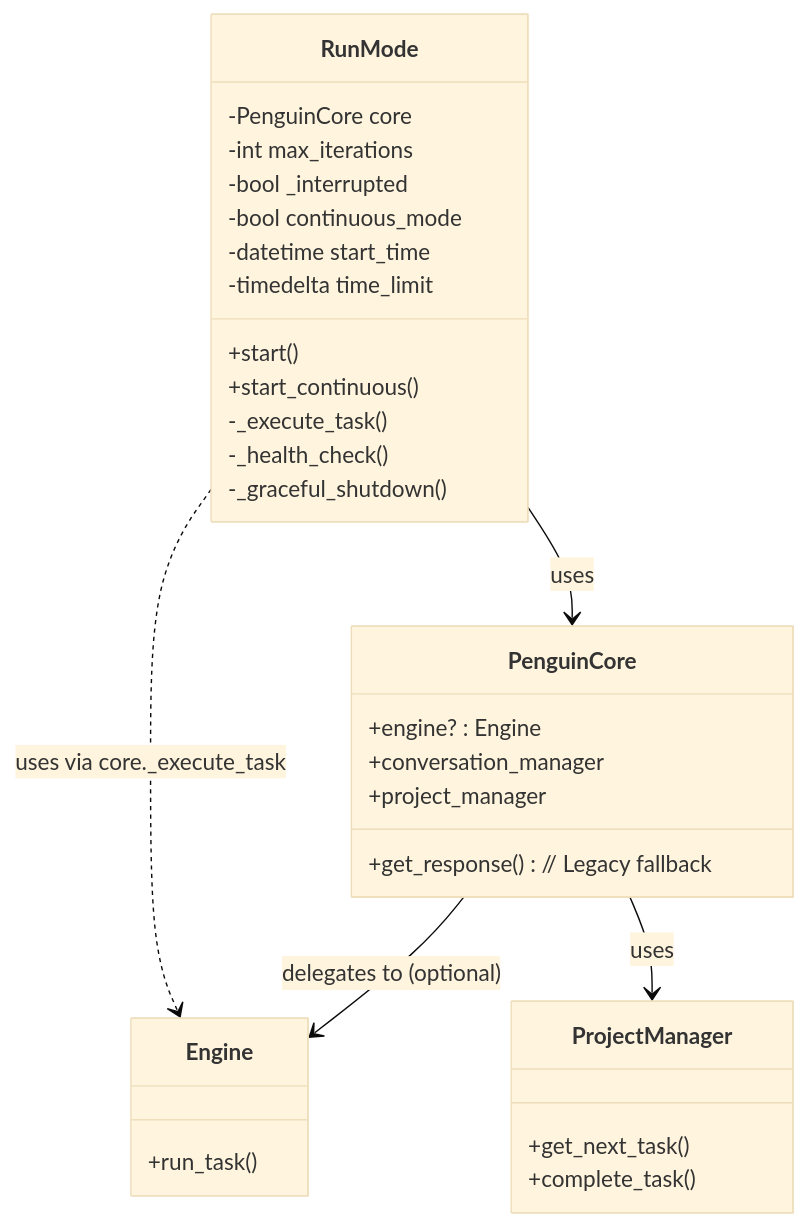
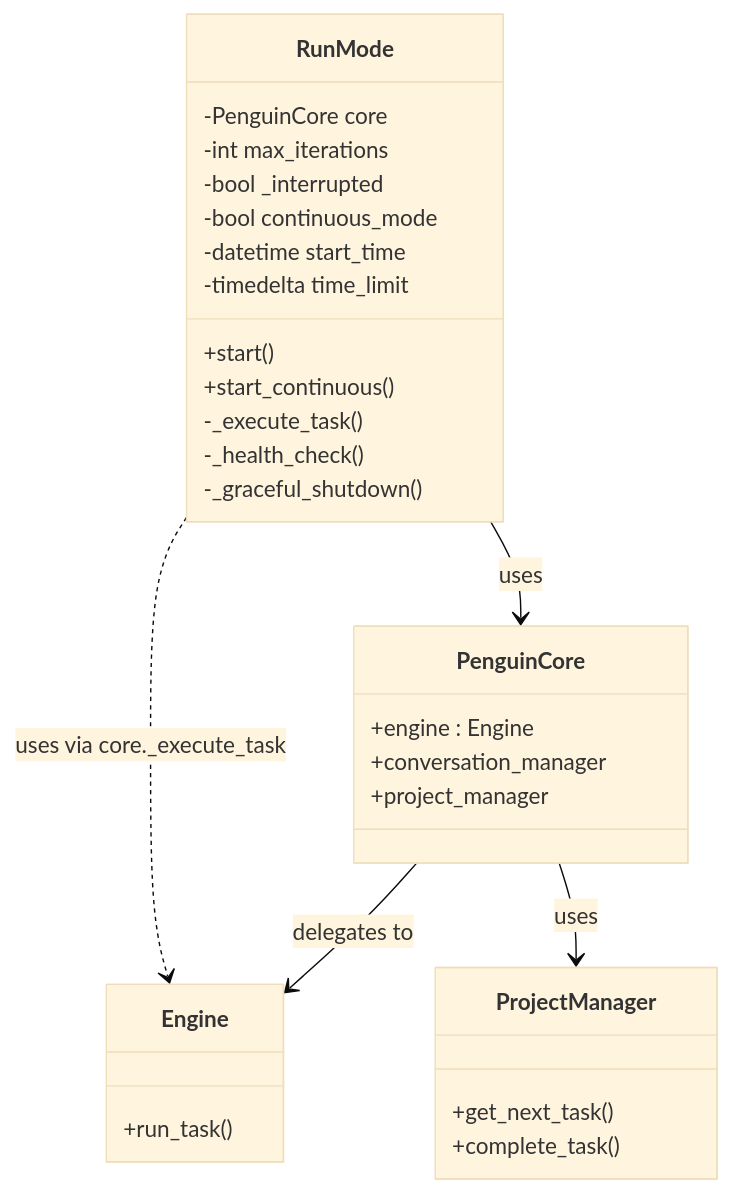
One commit to Maximooch/penguin changed the first of 5 diagrams in docs/docs/system/run-mode.md. Above: the diagram before and after it, drawn with Mermaid (base theme). The commit also changed other lines of this file and 191 other files, not shown here.

First line of the commit message:
Refactor PenguinCore runtime boundaries and sync durable event ledger (#67)

````diff
--- a/docs/docs/system/run-mode.md
+++ b/docs/docs/system/run-mode.md
@@ -13,37 +13,36 @@
 ```mermaid
 classDiagram
     class RunMode {
         -PenguinCore core
         -int max_iterations
         -bool _interrupted
         -bool continuous_mode
         -datetime start_time
         -timedelta time_limit
         +start()
         +start_continuous()
         -_execute_task()
         -_health_check()
         -_graceful_shutdown()
     }
 
     class Engine {
         +run_task()
     }
 
     class PenguinCore {
-        +engine? : Engine
+        +engine : Engine
         +conversation_manager
         +project_manager
-        +get_response() // Legacy fallback
     }
 
     class ProjectManager {
         +get_next_task()
         +complete_task()
     }
 
     RunMode --> PenguinCore : uses
-    PenguinCore --> Engine : delegates to (optional)
+    PenguinCore --> Engine : delegates to
     PenguinCore --> ProjectManager : uses
     RunMode ..> Engine : uses via core._execute_task
 ```
````
